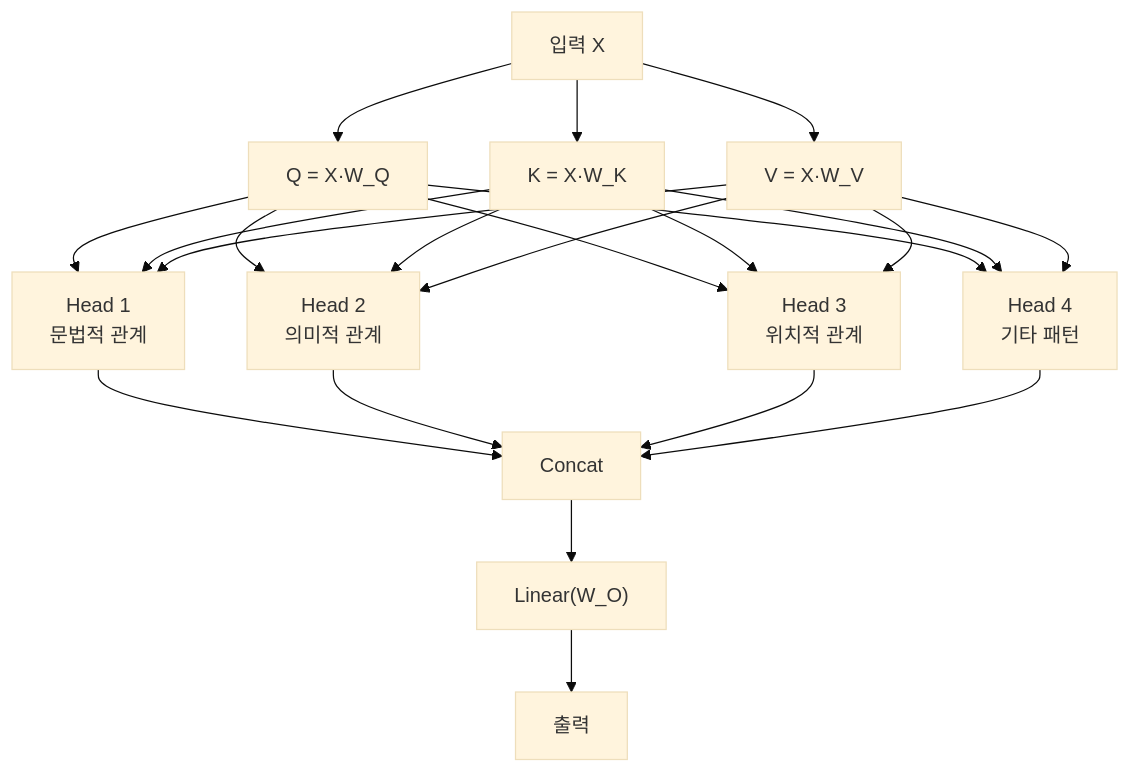
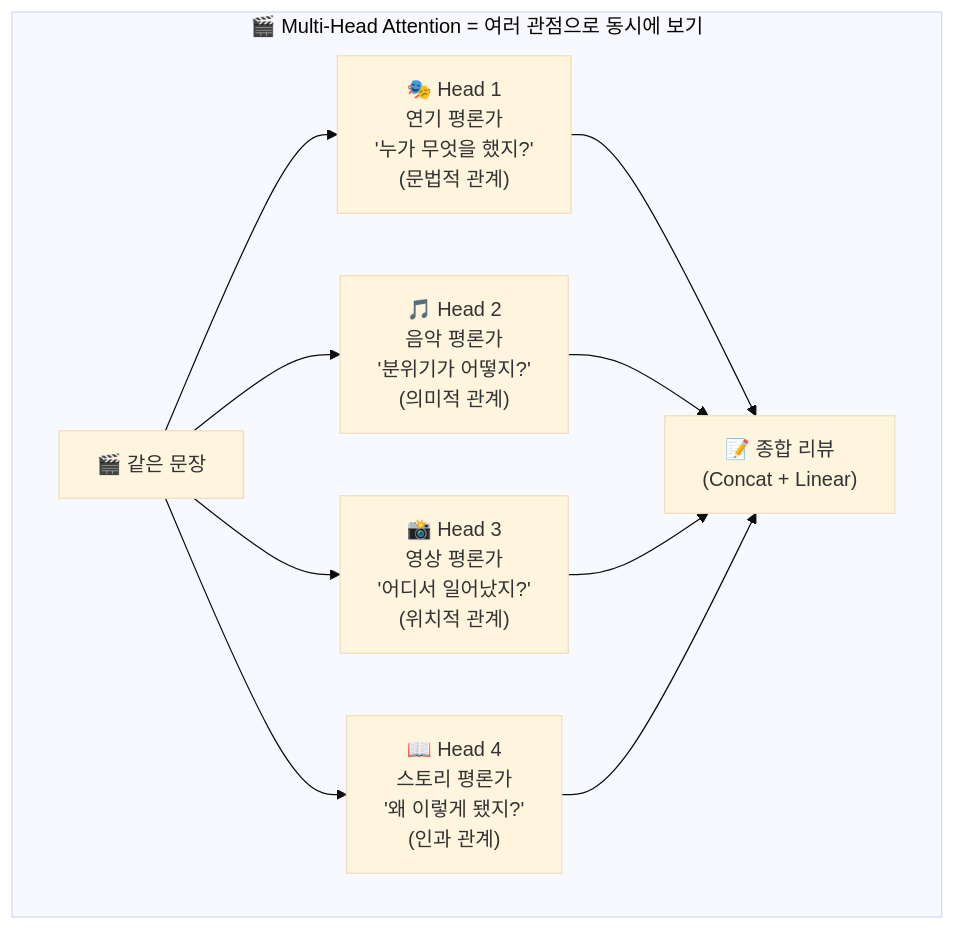
Before and after one commit to LeeSeogMin/2026NLP: diagram 12 of 14 in docs/ch3A.md, drawn with Mermaid (base theme). The commit also changed other lines of this file and 1 other file, not shown here.

````diff
--- a/docs/ch3A.md
+++ b/docs/ch3A.md
@@ -483,29 +542,16 @@
 ```mermaid
-flowchart TB
-    X["입력 X"] --> Q["Q = X·W_Q"]
-    X --> K["K = X·W_K"]
-    X --> V["V = X·W_V"]
+graph TB
+    subgraph 멀티헤드["🎬 Multi-Head Attention = 여러 관점으로 동시에 보기"]
+        영화["🎬 같은 문장"]
 
-    Q --> H1["Head 1<br/>문법적 관계"]
-    K --> H1
-    V --> H1
+        영화 --> H1["🎭 Head 1<br/>연기 평론가<br/>'누가 무엇을 했지?'<br/>(문법적 관계)"]
+        영화 --> H2["🎵 Head 2<br/>음악 평론가<br/>'분위기가 어떻지?'<br/>(의미적 관계)"]
+        영화 --> H3["📸 Head 3<br/>영상 평론가<br/>'어디서 일어났지?'<br/>(위치적 관계)"]
+        영화 --> H4["📖 Head 4<br/>스토리 평론가<br/>'왜 이렇게 됐지?'<br/>(인과 관계)"]
 
-    Q --> H2["Head 2<br/>의미적 관계"]
-    K --> H2
-    V --> H2
-
-    Q --> H3["Head 3<br/>위치적 관계"]
-    K --> H3
-    V --> H3
-
-    Q --> H4["Head 4<br/>기타 패턴"]
-    K --> H4
-    V --> H4
-
-    H1 --> CONCAT["Concat"]
-    H2 --> CONCAT
-    H3 --> CONCAT
-    H4 --> CONCAT
-    CONCAT --> LINEAR["Linear(W_O)"]
-    LINEAR --> OUT["출력"]
+        H1 --> 종합["📝 종합 리뷰<br/>(Concat + Linear)"]
+        H2 --> 종합
+        H3 --> 종합
+        H4 --> 종합
+    end
 ```
````
